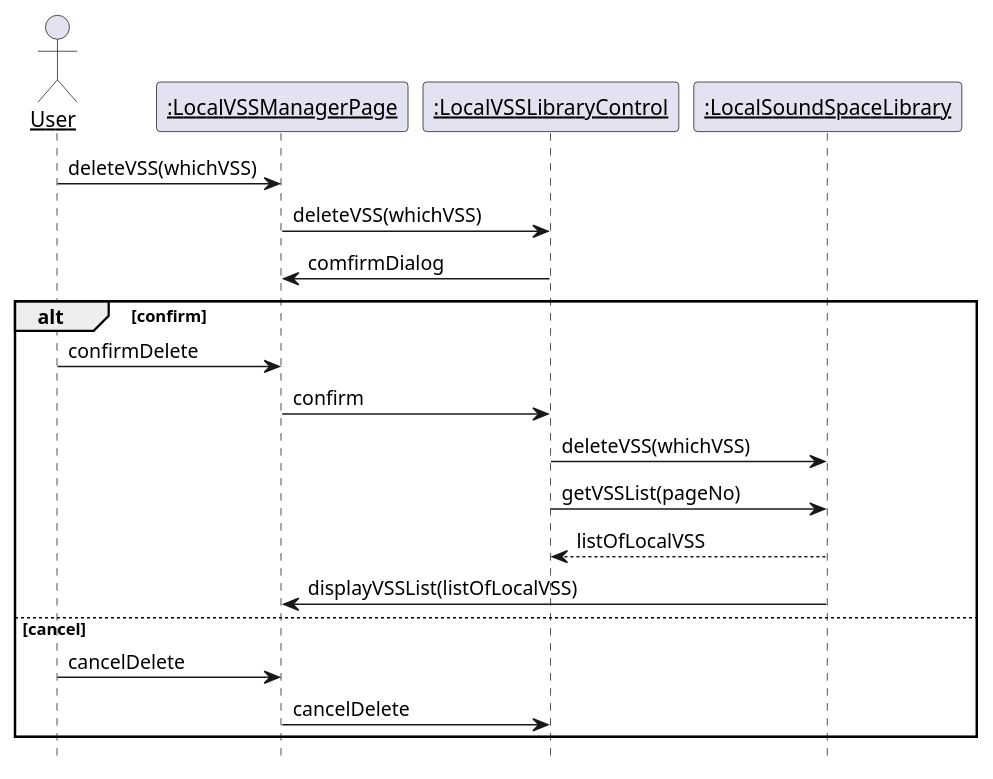
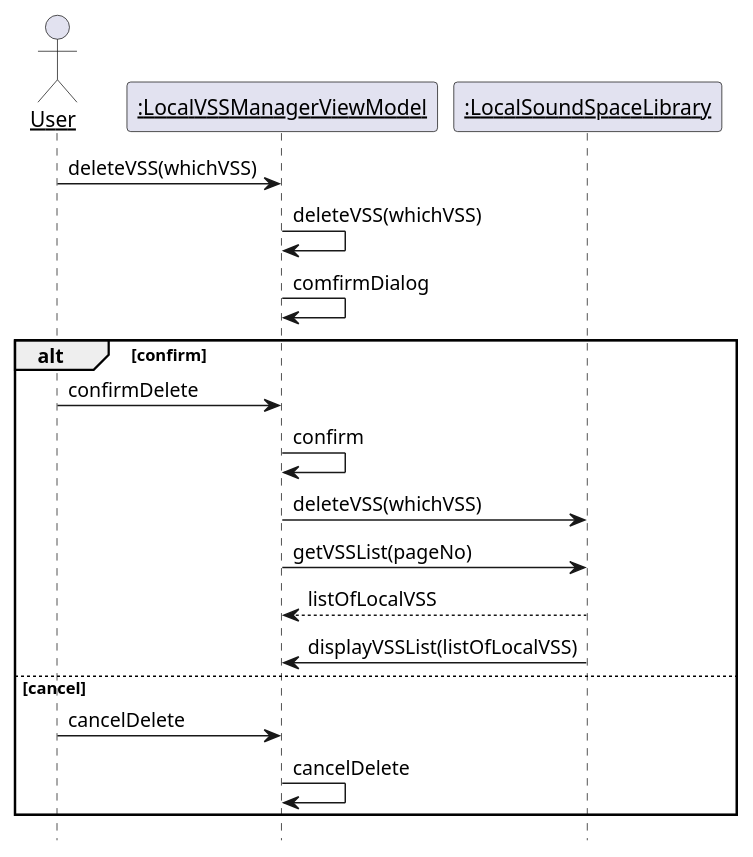
Diagram 14 of 26 in 设计/顺序图.md (kpp19920121/doc), drawn with PlantUML before and after one commit. The commit also changed other lines of this file and 6 other files, not shown here.

First line of the commit message:
修改顺序图到8

````diff
--- a/设计/顺序图.md
+++ b/设计/顺序图.md
@@ -518,28 +503,27 @@
 ```PlantUML
 @startuml Diagrams/DeleteVSS
 hide footbox
 skinparam sequenceParticipant underline
 
 actor User as user
-participant ":LocalVSSManagerPage" as page
-participant ":LocalVSSLibraryControl" as control
+participant ":LocalVSSManagerViewModel" as page
 participant ":LocalSoundSpaceLibrary" as library
 
 user -> page: deleteVSS(whichVSS)
-page -> control: deleteVSS(whichVSS)
-control -> page: comfirmDialog
+page -> page: deleteVSS(whichVSS)
+page -> page: comfirmDialog
 alt confirm
     user -> page: confirmDelete
-    page -> control: confirm
-    control -> library: deleteVSS(whichVSS)
-    control -> library: getVSSList(pageNo)
-    library --> control: listOfLocalVSS
+    page -> page: confirm
+    page -> library: deleteVSS(whichVSS)
+    page -> library: getVSSList(pageNo)
+    library --> page: listOfLocalVSS
     library -> page: displayVSSList(listOfLocalVSS)
 else cancel
     user -> page: cancelDelete
-    page -> control: cancelDelete
+    page -> page: cancelDelete
 end
 
 
 @enduml
 ```
````
